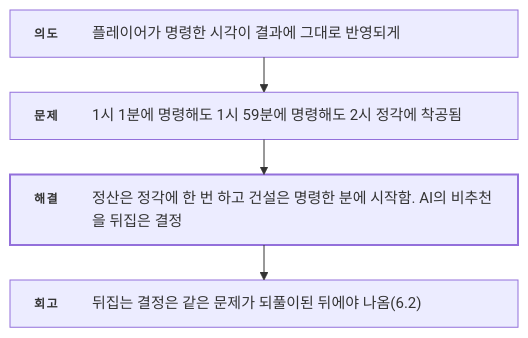
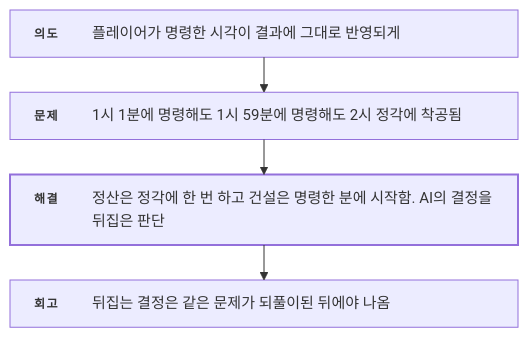
One commit to ashadeveloperr/ashadeveloperr.github.io changed the seventh of 12 diagrams in src/3-desert-settlement/기술문서.md. Above: the diagram before and after it, drawn with Mermaid. The commit also changed other lines of this file and 2 other files, not shown here.

````diff
--- a/src/3-desert-settlement/기술문서.md
+++ b/src/3-desert-settlement/기술문서.md
@@ -388,18 +308,18 @@
 ```mermaid
 ---
 config:
   layout: elk
   flowchart:
     wrappingWidth: 520
     padding: 12
 ---
 flowchart TB
   %% feature-flow — _local/flow-diagrams.py가 만듦
   I["<div style='width:460px;display:flex;gap:14px;align-items:baseline;text-align:left;white-space:normal'><span style='flex:0 0 44px;padding-top:2px;font-size:12px;font-weight:700;letter-spacing:.12em;color:var(--accent-ink)'>의도</span><span style='flex:1;font-size:15px;line-height:1.55;color:var(--ink)'>플레이어가 명령한 시각이 결과에 그대로 반영되게</span></div>"]
   P["<div style='width:460px;display:flex;gap:14px;align-items:baseline;text-align:left;white-space:normal'><span style='flex:0 0 44px;padding-top:2px;font-size:12px;font-weight:700;letter-spacing:.12em;color:var(--accent-ink)'>문제</span><span style='flex:1;font-size:15px;line-height:1.55;color:var(--ink)'>1시 1분에 명령해도 1시 59분에 명령해도 2시 정각에 착공됨</span></div>"]
-  S["<div style='width:460px;display:flex;gap:14px;align-items:baseline;text-align:left;white-space:normal'><span style='flex:0 0 44px;padding-top:2px;font-size:12px;font-weight:700;letter-spacing:.12em;color:var(--accent-ink)'>해결</span><span style='flex:1;font-size:15px;line-height:1.55;color:var(--ink)'>정산은 정각에 한 번 하고 건설은 명령한 분에 시작함. AI의 비추천을 뒤집은 결정</span></div>"]
-  R["<div style='width:460px;display:flex;gap:14px;align-items:baseline;text-align:left;white-space:normal'><span style='flex:0 0 44px;padding-top:2px;font-size:12px;font-weight:700;letter-spacing:.12em;color:var(--accent-ink)'>회고</span><span style='flex:1;font-size:15px;line-height:1.55;color:var(--ink)'>뒤집는 결정은 같은 문제가 되풀이된 뒤에야 나옴(6.2)</span></div>"]
+  S["<div style='width:460px;display:flex;gap:14px;align-items:baseline;text-align:left;white-space:normal'><span style='flex:0 0 44px;padding-top:2px;font-size:12px;font-weight:700;letter-spacing:.12em;color:var(--accent-ink)'>해결</span><span style='flex:1;font-size:15px;line-height:1.55;color:var(--ink)'>정산은 정각에 한 번 하고 건설은 명령한 분에 시작함. AI의 결정을 뒤집은 판단</span></div>"]
+  R["<div style='width:460px;display:flex;gap:14px;align-items:baseline;text-align:left;white-space:normal'><span style='flex:0 0 44px;padding-top:2px;font-size:12px;font-weight:700;letter-spacing:.12em;color:var(--accent-ink)'>회고</span><span style='flex:1;font-size:15px;line-height:1.55;color:var(--ink)'>뒤집는 결정은 같은 문제가 되풀이된 뒤에야 나옴</span></div>"]
   I --> P --> S --> R
   classDef key stroke-width:2px
   class S key
 ```
````
